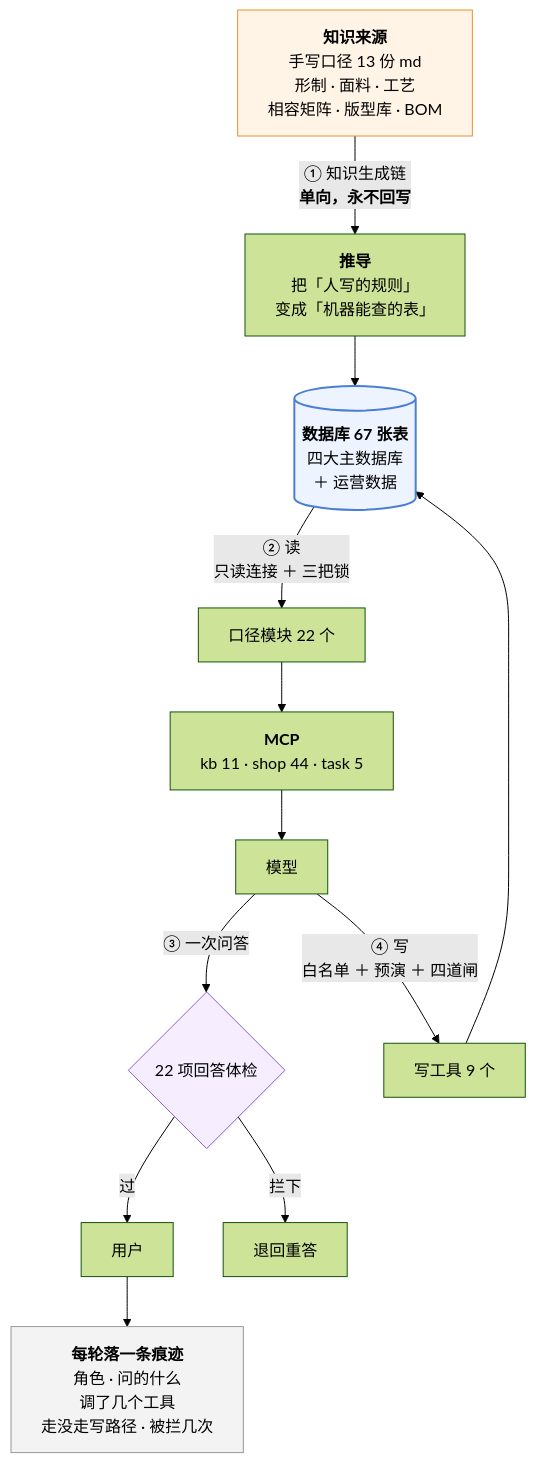
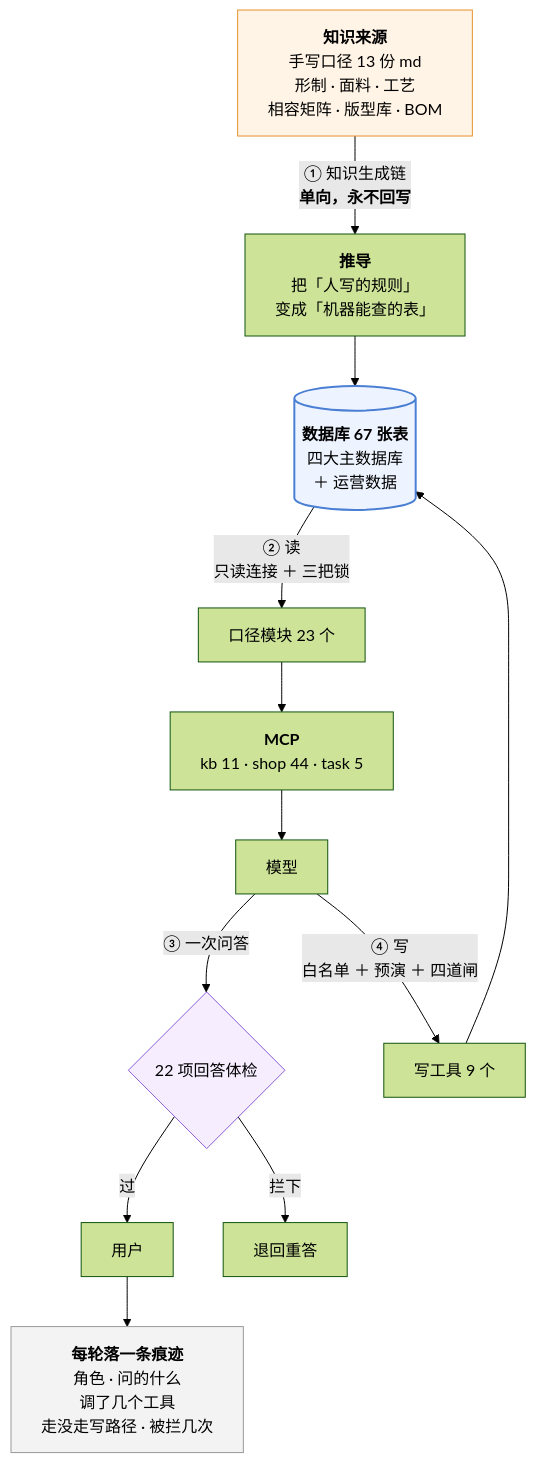
Before and after one commit to 843773296-rgb/lanxiu-yunshang-agent: the third of 3 diagrams in 澜绣云裳agent-产品说明.md, drawn with Mermaid (forest theme). The commit also changed other lines of this file and 6 other files, not shown here.

````diff
--- a/澜绣云裳agent-产品说明.md
+++ b/澜绣云裳agent-产品说明.md
@@ -760,24 +760,24 @@
 ```mermaid
 flowchart TD
     MD["<b>知识来源</b><br/>手写口径 13 份 md<br/>形制 · 面料 · 工艺<br/>相容矩阵 · 版型库 · BOM"]
     MD -->|"① 知识生成链<br/><b>单向，永不回写</b>"| DV["<b>推导</b><br/>把「人写的规则」<br/>变成「机器能查的表」"]
     DV --> DB[("<b>数据库 67 张表</b><br/>四大主数据库<br/>＋ 运营数据")]
 
-    DB -->|"② 读<br/>只读连接 ＋ 三把锁"| KJ["口径模块 22 个"]
+    DB -->|"② 读<br/>只读连接 ＋ 三把锁"| KJ["口径模块 23 个"]
     KJ --> MCP["<b>MCP</b><br/>kb 11 · shop 44 · task 5"]
     MCP --> LLM["模型"]
 
     LLM -->|"③ 一次问答"| GD{"22 项回答体检"}
     GD -- 过 --> U["用户"]
     GD -- 拦下 --> RE["退回重答"]
 
     LLM -->|"④ 写<br/>白名单 ＋ 预演 ＋ 四道闸"| W["写工具 9 个"]
     W --> DB
 
     U --> TR["<b>每轮落一条痕迹</b><br/>角色 · 问的什么<br/>调了几个工具<br/>走没走写路径 · 被拦几次"]
 
     style MD fill:#fff4e6,stroke:#e8912d
     style DB fill:#eef4ff,stroke:#4a7fd4,stroke-width:2px
     style GD fill:#f6eeff,stroke:#8b5cd6
     style TR fill:#f3f3f3,stroke:#999
 ```
````
